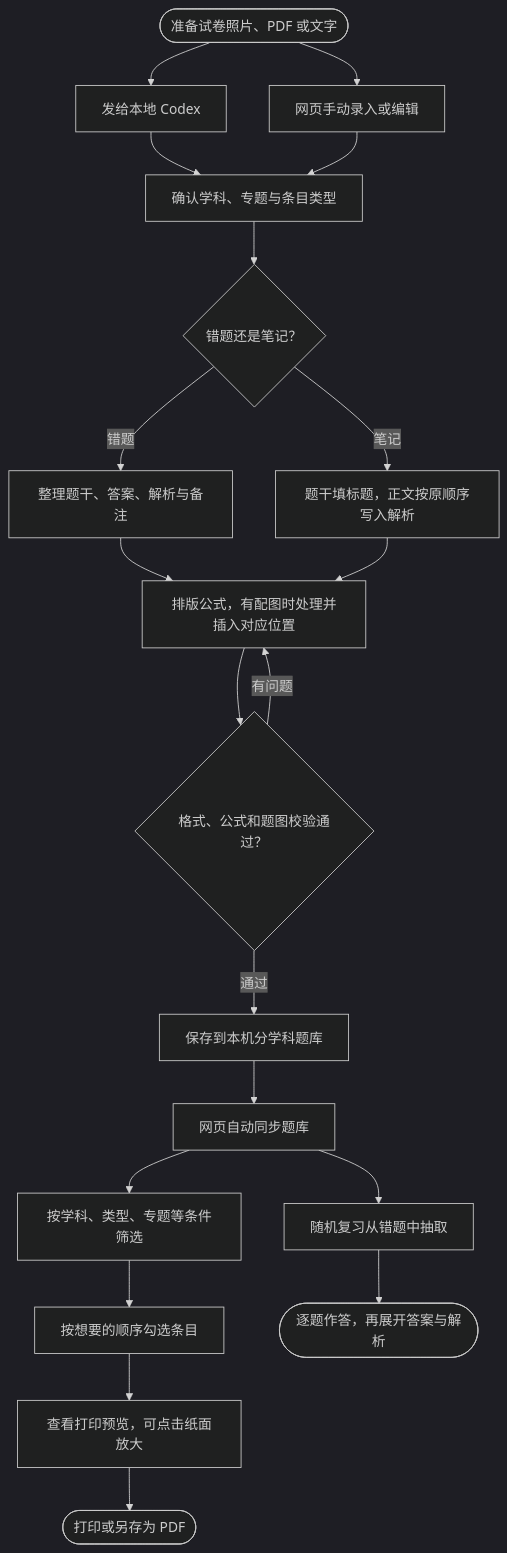
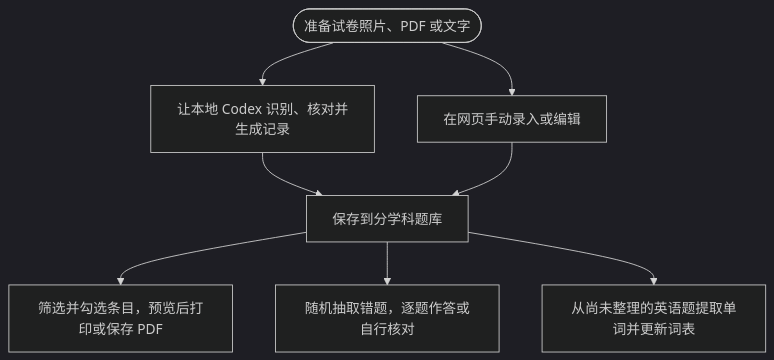
Before and after one commit to Seirin-Liu/study-notes-liu: the diagram in docs/QUESTION_WORKFLOW.md, drawn with Mermaid (dark theme). The commit also changed other lines of this file and 32 other files, not shown here.

````diff
--- a/docs/QUESTION_WORKFLOW.md
+++ b/docs/QUESTION_WORKFLOW.md
@@ -3,27 +3,11 @@
 ```mermaid
 flowchart TD
     Start(["准备试卷照片、PDF 或文字"])
-    Start --> Codex["发给本地 Codex"]
-    Start --> Web["网页手动录入或编辑"]
-
-    Codex --> Classify["确认学科、专题与条目类型"]
-    Web --> Classify
-    Classify --> Type{"错题还是笔记？"}
-    Type -->|错题| Question["整理题干、答案、解析与备注"]
-    Type -->|笔记| Note["题干填标题，正文按原顺序写入解析"]
-    Question --> Format["排版公式，有配图时处理并插入对应位置"]
-    Note --> Format
-
-    Format --> Check{"格式、公式和题图校验通过？"}
-    Check -->|有问题| Format
-    Check -->|通过| Save["保存到本机分学科题库"]
-    Save --> Sync["网页自动同步题库"]
-
-    Sync --> Filter["按学科、类型、专题等条件筛选"]
-    Filter --> Select["按想要的顺序勾选条目"]
-    Select --> Preview["查看打印预览，可点击纸面放大"]
-    Preview --> Export(["打印或另存为 PDF"])
-
-    Sync --> Review["随机复习从错题中抽取"]
-    Review --> Practice(["逐题作答，再展开答案与解析"])
+    Start --> Codex["让本地 Codex 识别、核对并生成记录"]
+    Start --> Web["在网页手动录入或编辑"]
+    Codex --> Save["保存到分学科题库"]
+    Web --> Save
+    Save --> Print["筛选并勾选条目，预览后打印或保存 PDF"]
+    Save --> Review["随机抽取错题，逐题作答或自行核对"]
+    Save --> Vocabulary["从尚未整理的英语题提取单词并更新词表"]
 ```
````
